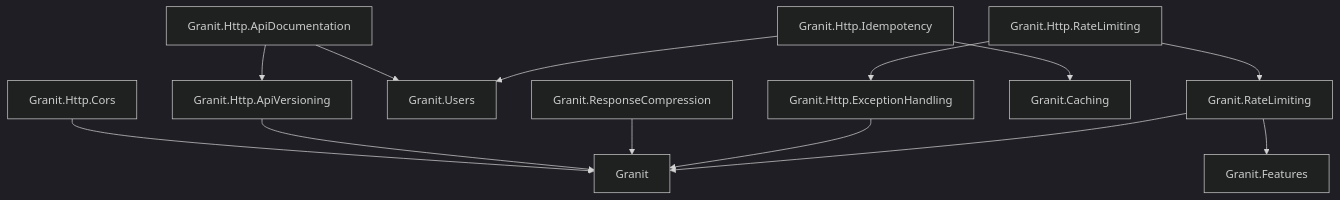
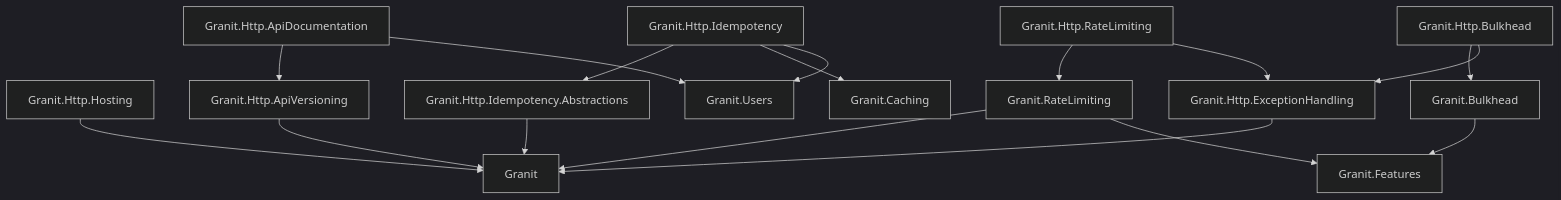
Before and after one commit to granit-fx/granit-docs: the diagram in src/content/docs/dotnet/api/index.mdx, drawn with Mermaid (dark theme). The commit also changed other lines of this file and 34 other files, not shown here.

First line of the commit message:
docs(dotnet): reflect Http* redesign epic — bulkhead split, UrlSafety rename, Hosting consolidation

````diff
--- a/src/content/docs/dotnet/api/index.mdx
+++ b/src/content/docs/dotnet/api/index.mdx
@@ -49,15 +49,19 @@
 ```mermaid
 graph TD
-    CORS[Granit.Http.Cors] --> CO[Granit]
+    HOST[Granit.Http.Hosting] --> CO[Granit]
     AV[Granit.Http.ApiVersioning] --> CO
     AD[Granit.Http.ApiDocumentation] --> AV
     AD --> SEC[Granit.Users]
-    RC[Granit.ResponseCompression] --> CO
     EH[Granit.Http.ExceptionHandling] --> CO
-    ID[Granit.Http.Idempotency] --> CA[Granit.Caching]
+    IDA[Granit.Http.Idempotency.Abstractions] --> CO
+    ID[Granit.Http.Idempotency] --> IDA
+    ID --> CA[Granit.Caching]
     ID --> SEC
     RL[Granit.RateLimiting] --> CO
     RL --> FT[Granit.Features]
     HRL[Granit.Http.RateLimiting] --> RL
     HRL --> EH
+    BH[Granit.Bulkhead] --> FT
+    HBH[Granit.Http.Bulkhead] --> BH
+    HBH --> EH
 ```
````
